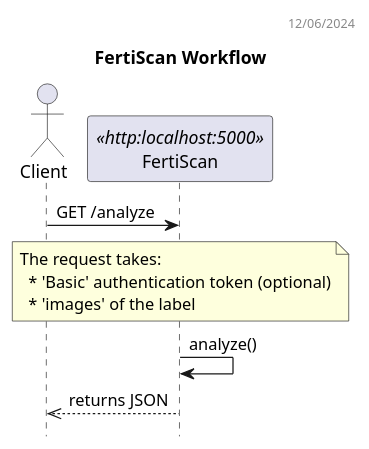
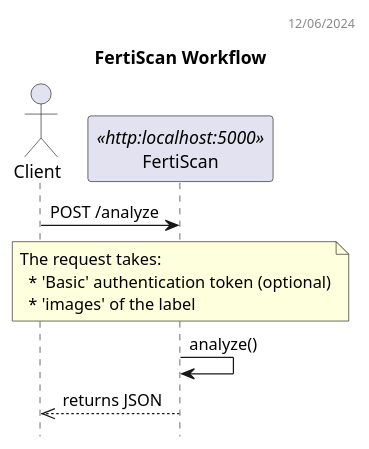
One commit to ai-cfia/fertiscan-backend changed the diagram in docs/workflow_dss.puml. Above: the diagram before and after it, drawn with PlantUML. The commit also changed 1 other file, not shown here.

Commit message:
doc: s/GET/POST in workflow

```diff
--- a/docs/workflow_dss.puml
+++ b/docs/workflow_dss.puml
@@ -1,19 +1,19 @@
 @startuml FertiScan Sequence Diagram
 header 12/06/2024
 
 title FertiScan Workflow
 hide empty members
 hide footbox
 
 actor "Client" as C
 participant FertiScan as F <<http:localhost:5000>>
 
-C -> F: GET /analyze
+C -> F: POST /analyze
 note over F
   The request takes:
     * 'Basic' authentication token (optional)
     * 'images' of the label
 end note
 F -> F: analyze()  
 C <<-- F: returns JSON
 @enduml
```
